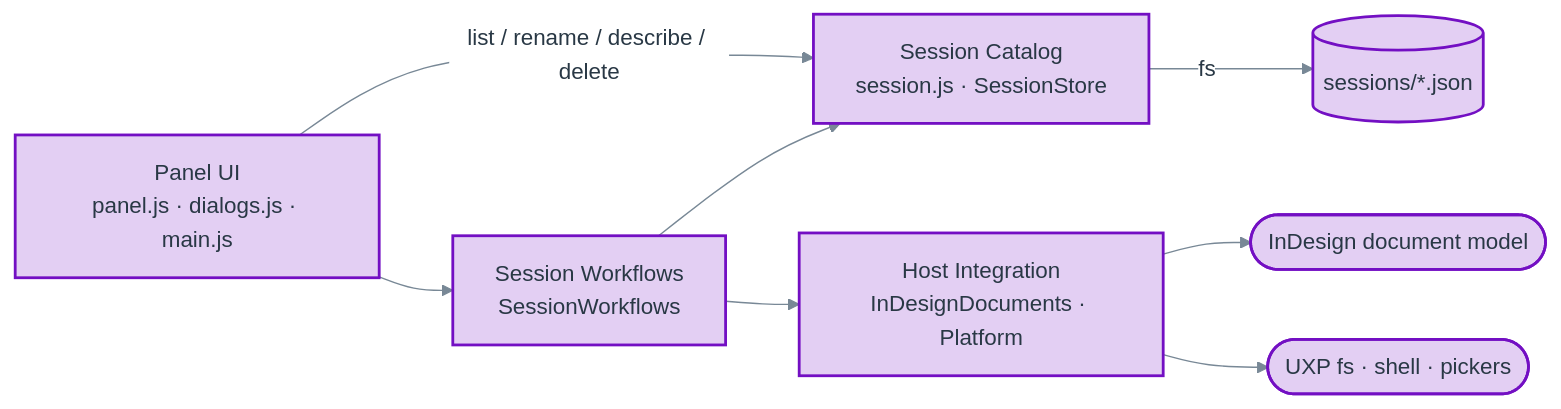
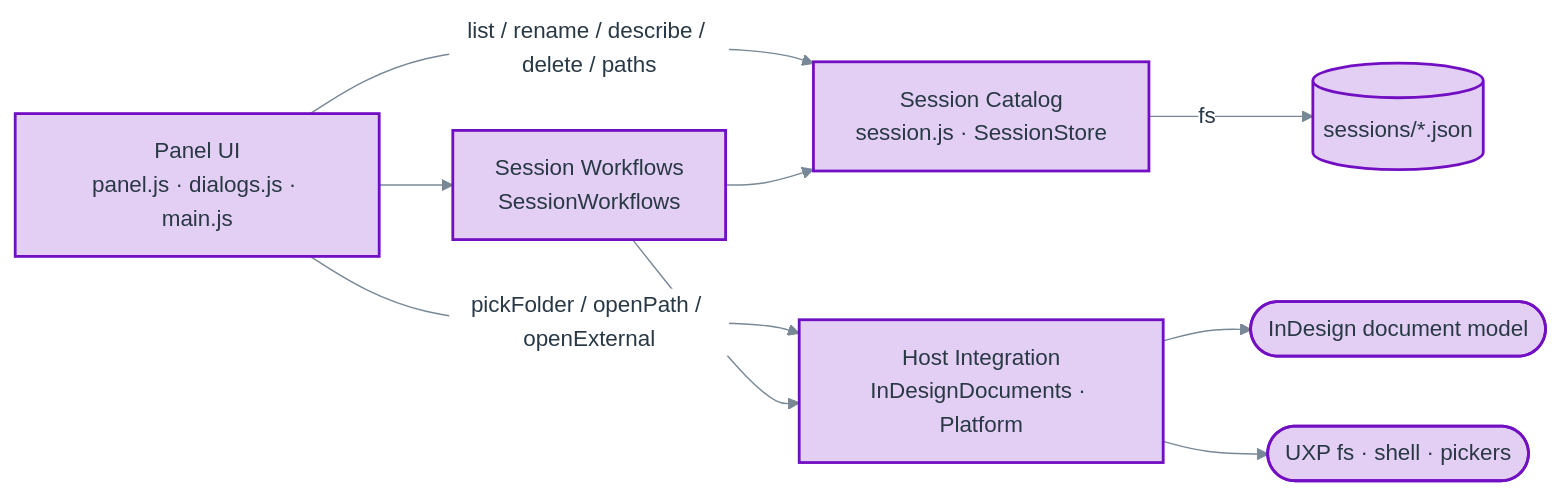
Before and after one commit to iconifyit/com.sessions-uxp: the diagram in docs/adrs/ADR-001-indesign-uxp-sessions-plugin/diagrams/component-overview.mmd, drawn with Mermaid. The commit also changed 3 other files, not shown here.

```diff
--- a/docs/adrs/ADR-001-indesign-uxp-sessions-plugin/diagrams/component-overview.mmd
+++ b/docs/adrs/ADR-001-indesign-uxp-sessions-plugin/diagrams/component-overview.mmd
@@ -1,22 +1,23 @@
 %%{init: {'theme':'base','themeVariables':{
 'fontFamily':'system-ui, sans-serif',
 'primaryColor':'#e3cff3','primaryBorderColor':'#730FC3','primaryTextColor':'#293845',
 'lineColor':'#788896','clusterBkg':'#ffffff','clusterBorder':'#788896','edgeLabelBackground':'#ffffff'
 }}}%%
 flowchart LR
   ui[Panel UI<br/>panel.js · dialogs.js · main.js]
   wf[Session Workflows<br/>SessionWorkflows]
   cat[Session Catalog<br/>session.js · SessionStore]
   host[Host Integration<br/>InDesignDocuments · Platform]
   store[(sessions/*.json)]
   idsn([InDesign document model])
   uxp([UXP fs · shell · pickers])
   ui --> wf
-  ui -->|list / rename / describe / delete| cat
+  ui -->|list / rename / describe / delete / paths| cat
+  ui -->|pickFolder / openPath / openExternal| host
   wf --> cat
   wf --> host
   cat -->|fs| store
   host --> idsn
   host --> uxp
   classDef house fill:#e3cff3,stroke:#730FC3,stroke-width:2px,color:#293845;
   class ui,wf,cat,host,store,idsn,uxp house;
```
